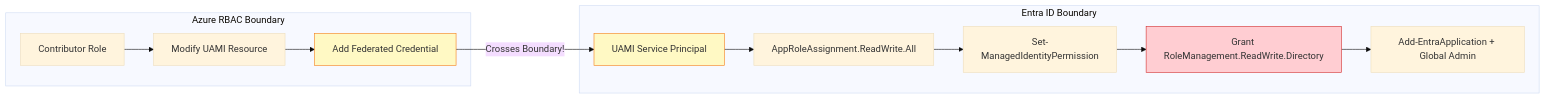
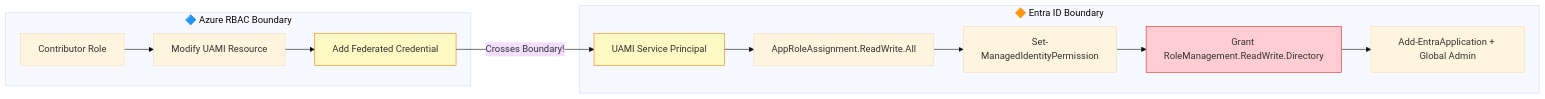
The sixth of 7 diagrams in README.md (azurekid/mc2-connect), drawn with Mermaid (base theme) before and after one commit. The commit also changed other lines of this file, not shown here.

````diff
--- a/README.md
+++ b/README.md
@@ -653,24 +669,24 @@
 ```mermaid
 flowchart LR
-    subgraph AzureRBAC["Azure RBAC Boundary"]
+    subgraph AzureRBAC["🔷 Azure RBAC Boundary"]
         AR1[Contributor Role]
         AR2[Modify UAMI Resource]
         AR3[Add Federated Credential]
     end
 
-    subgraph EntraID["Entra ID Boundary"]
+    subgraph EntraID["🔶 Entra ID Boundary"]
         EI1[UAMI Service Principal]
         EI2[AppRoleAssignment.ReadWrite.All]
         EI3[Set-ManagedIdentityPermission]
         EI4[Grant RoleManagement.ReadWrite.Directory]
         EI5[Add-EntraApplication + Global Admin]
     end
 
     AR1 --> AR2 --> AR3
     AR3 -->|"Crosses Boundary!"| EI1
     EI1 --> EI2 --> EI3 --> EI4 --> EI5
 
     style AR3 fill:#fff9c4,stroke:#f57f17
     style EI1 fill:#fff9c4,stroke:#f57f17
     style EI4 fill:#ffcdd2,stroke:#d32f2f
 ```
````
